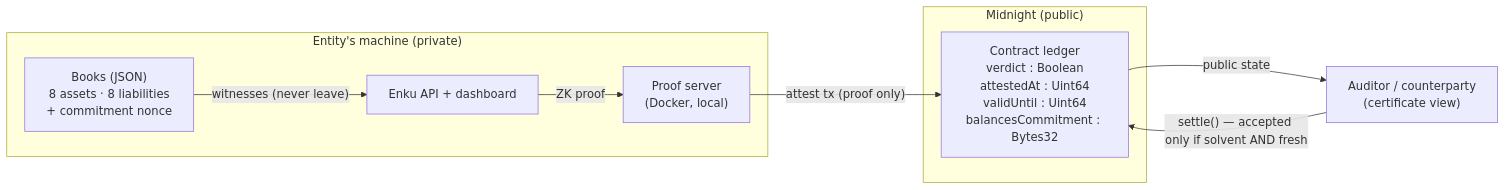
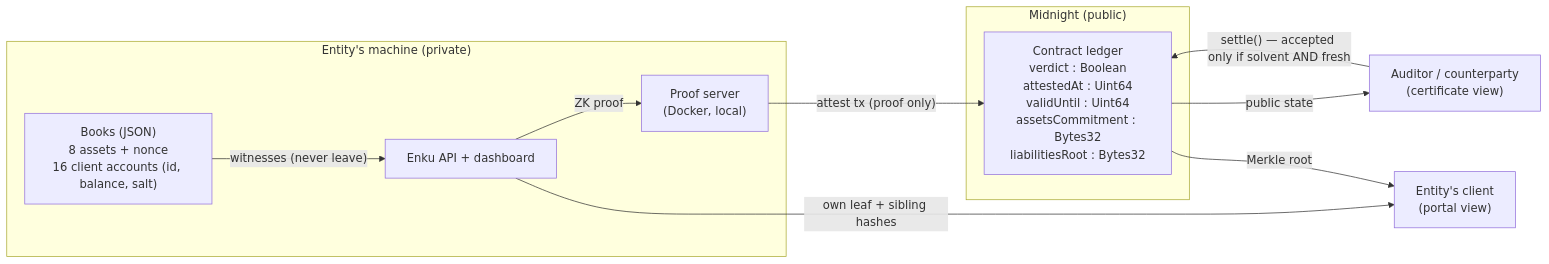
One commit to Jc-asastu/asfalia changed the diagram in README.md. Above: the diagram before and after it, drawn with Mermaid. The commit also changed other lines of this file, not shown here.

Commit message:
README: capa Merkle, portal del cliente, cuatro momentos

````diff
--- a/README.md
+++ b/README.md
@@ -38,18 +42,21 @@
 ```mermaid
 flowchart LR
     subgraph entity ["Entity's machine (private)"]
-        book["Books (JSON)<br/>8 assets · 8 liabilities<br/>+ commitment nonce"]
+        book["Books (JSON)<br/>8 assets + nonce<br/>16 client accounts (id, balance, salt)"]
         ps["Proof server<br/>(Docker, local)"]
         api["Enku API + dashboard"]
     end
     subgraph chain ["Midnight (public)"]
-        ledger["Contract ledger<br/>verdict : Boolean<br/>attestedAt : Uint64<br/>validUntil : Uint64<br/>balancesCommitment : Bytes32"]
+        ledger["Contract ledger<br/>verdict : Boolean<br/>attestedAt : Uint64<br/>validUntil : Uint64<br/>assetsCommitment : Bytes32<br/>liabilitiesRoot : Bytes32"]
     end
     auditor["Auditor / counterparty<br/>(certificate view)"]
+    client["Entity's client<br/>(portal view)"]
 
     book -- "witnesses (never leave)" --> api
     api -- "ZK proof" --> ps
     ps -- "attest tx (proof only)" --> ledger
     ledger -- "public state" --> auditor
     auditor -- "settle() — accepted only if solvent AND fresh" --> ledger
+    api -- "own leaf + sibling hashes" --> client
+    ledger -- "Merkle root" --> client
 ```
````
